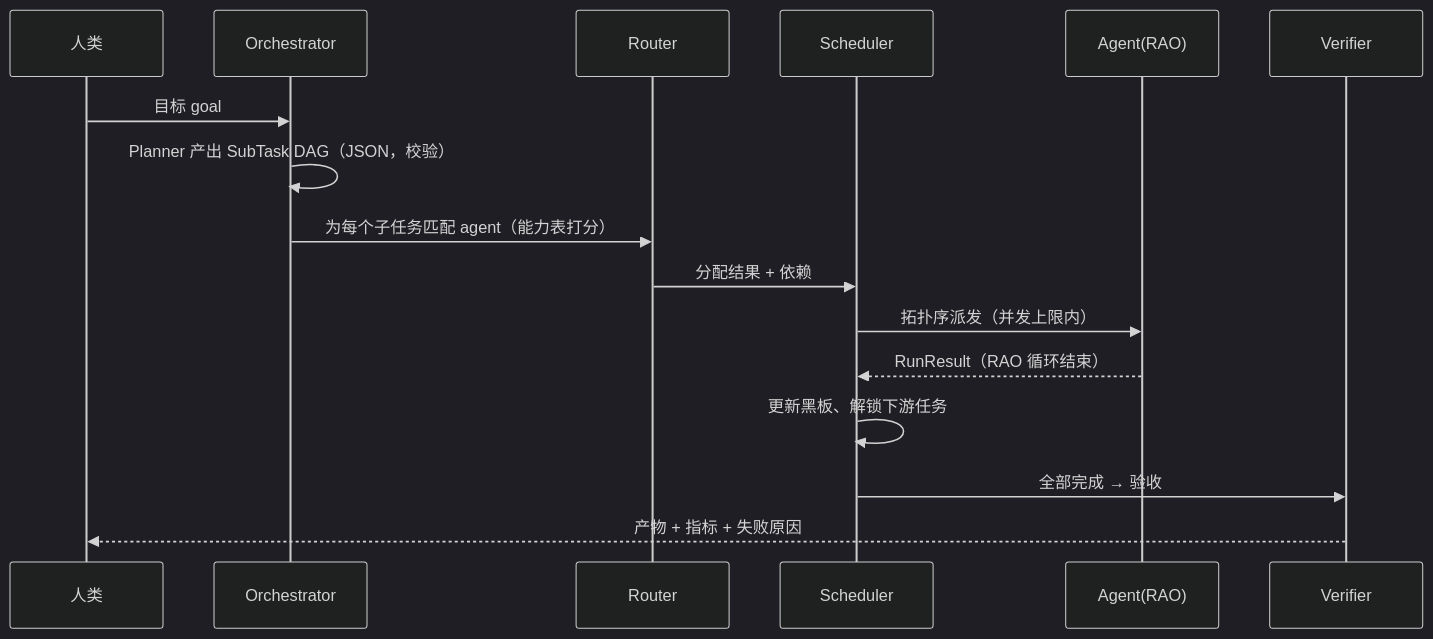
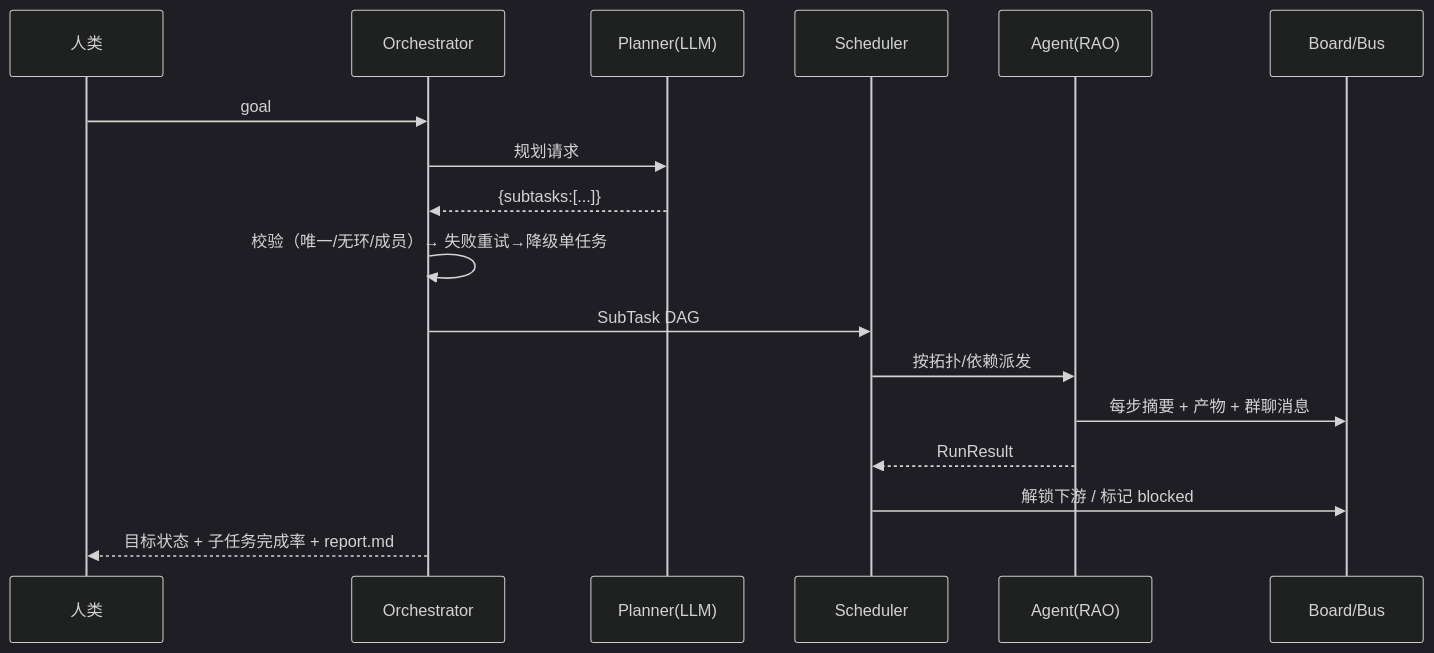
Before and after one commit to Fei-stack-wq/maie5221-NLP-FinalProject: the second of 2 diagrams in docs/architecture.md, drawn with Mermaid (dark theme). The commit also changed other lines of this file and 4 other files, not shown here.

````diff
--- a/docs/architecture.md
+++ b/docs/architecture.md
@@ -251,18 +167,19 @@
 ```mermaid
 sequenceDiagram
     participant H as 人类
     participant O as Orchestrator
-    participant R as Router
+    participant P as Planner(LLM)
     participant S as Scheduler
     participant A as Agent(RAO)
-    participant V as Verifier
-    H->>O: 目标 goal
-    O->>O: Planner 产出 SubTask DAG（JSON，校验）
-    O->>R: 为每个子任务匹配 agent（能力表打分）
-    R->>S: 分配结果 + 依赖
-    S->>A: 拓扑序派发（并发上限内）
-    A-->>S: RunResult（RAO 循环结束）
-    S->>S: 更新黑板、解锁下游任务
-    S->>V: 全部完成 → 验收
-    V-->>H: 产物 + 指标 + 失败原因
+    participant B as Board/Bus
+    H->>O: goal
+    O->>P: 规划请求
+    P-->>O: {subtasks:[...]}
+    O->>O: 校验（唯一/无环/成员）→ 失败重试→降级单任务
+    O->>S: SubTask DAG
+    S->>A: 按拓扑/依赖派发
+    A->>B: 每步摘要 + 产物 + 群聊消息
+    A-->>S: RunResult
+    S->>B: 解锁下游 / 标记 blocked
+    O-->>H: 目标状态 + 子任务完成率 + report.md
 ```
````
